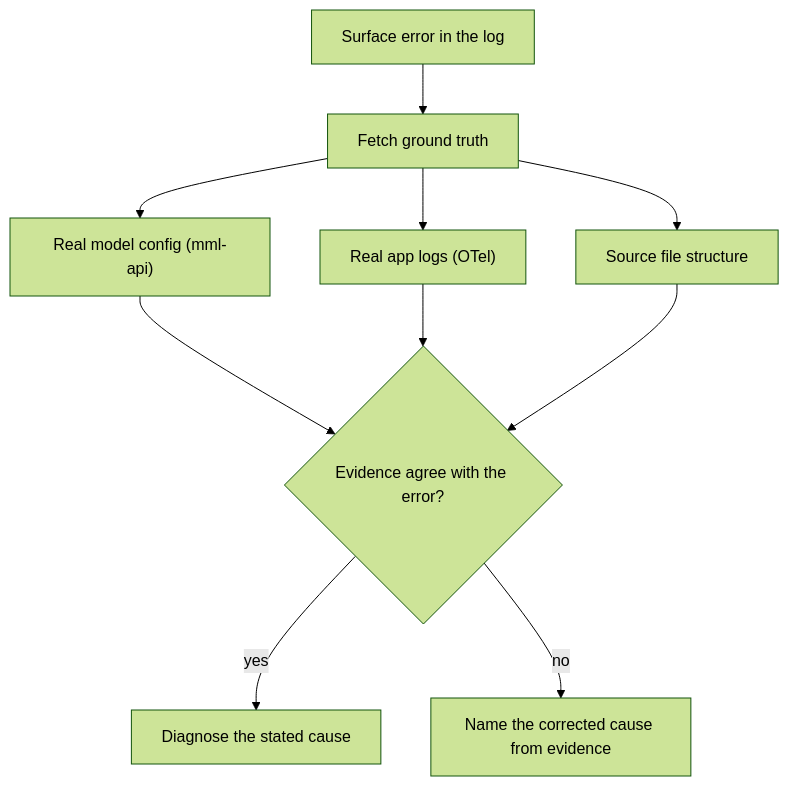
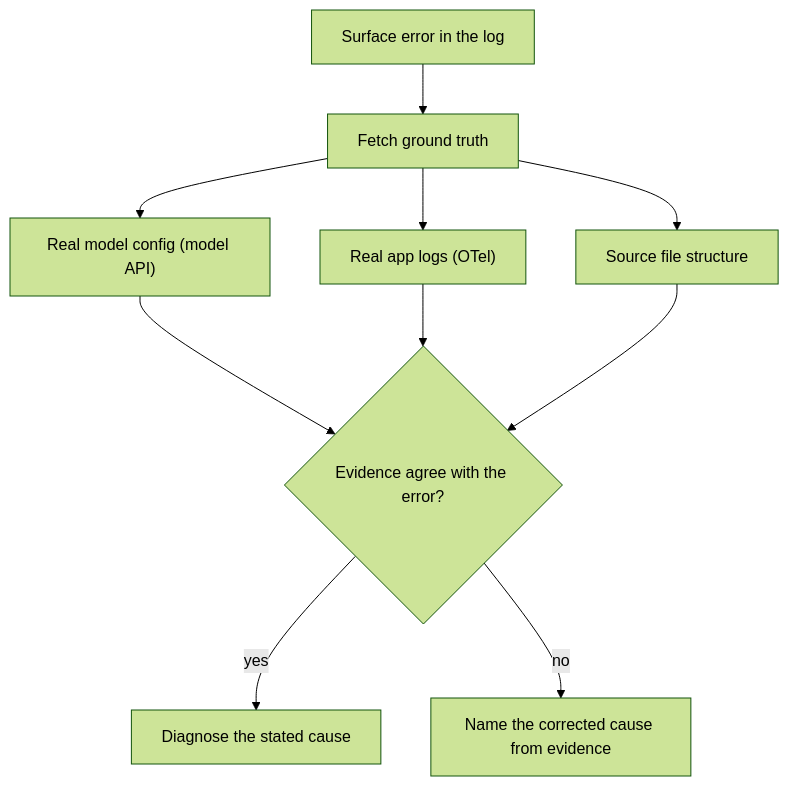
Before and after one commit to MihirUpasani/MihirUpasani.github.io: the ninth of 11 diagrams in src/content/blog/an-assistant-on-top-of-the-platform.md, drawn with Mermaid (forest theme). The commit also changed other lines of this file, not shown here.

````diff
--- a/src/content/blog/an-assistant-on-top-of-the-platform.md
+++ b/src/content/blog/an-assistant-on-top-of-the-platform.md
@@ -294,12 +294,12 @@
 ```mermaid
 flowchart TB
     Err["Surface error in the log"] --> Check["Fetch ground truth"]
-    Check --> M["Real model config (mml-api)"]
+    Check --> M["Real model config (model API)"]
     Check --> L["Real app logs (OTel)"]
     Check --> F["Source file structure"]
     M --> Decide{"Evidence agree with the error?"}
     L --> Decide
     F --> Decide
     Decide -->|yes| Confirm["Diagnose the stated cause"]
     Decide -->|no| Correct["Name the corrected cause from evidence"]
 ```
````
